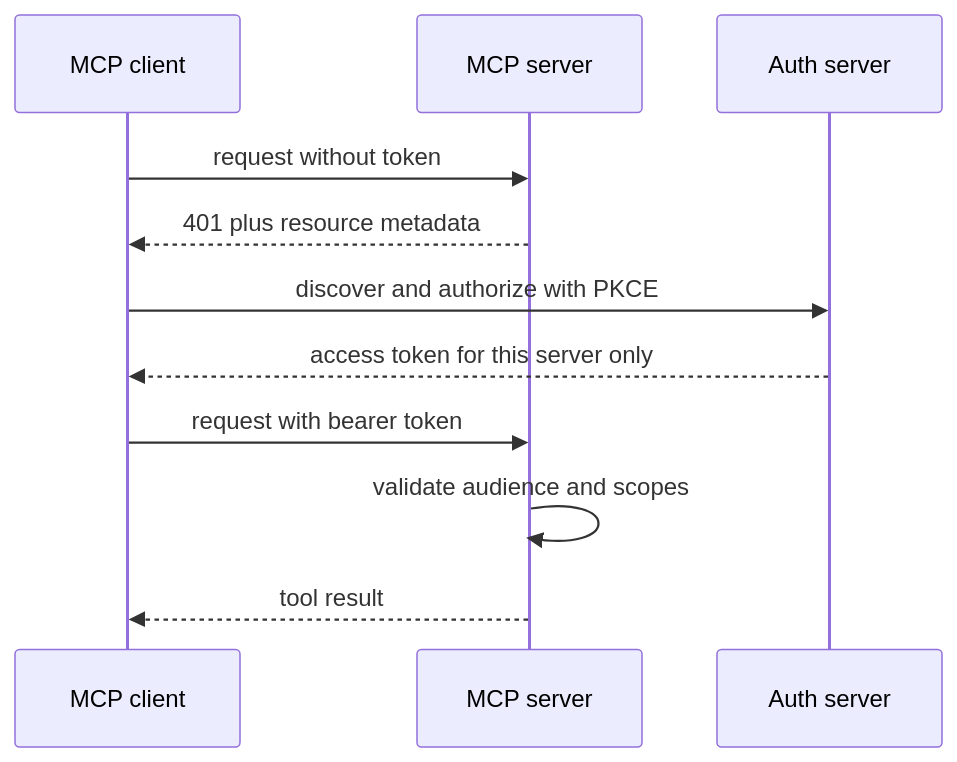
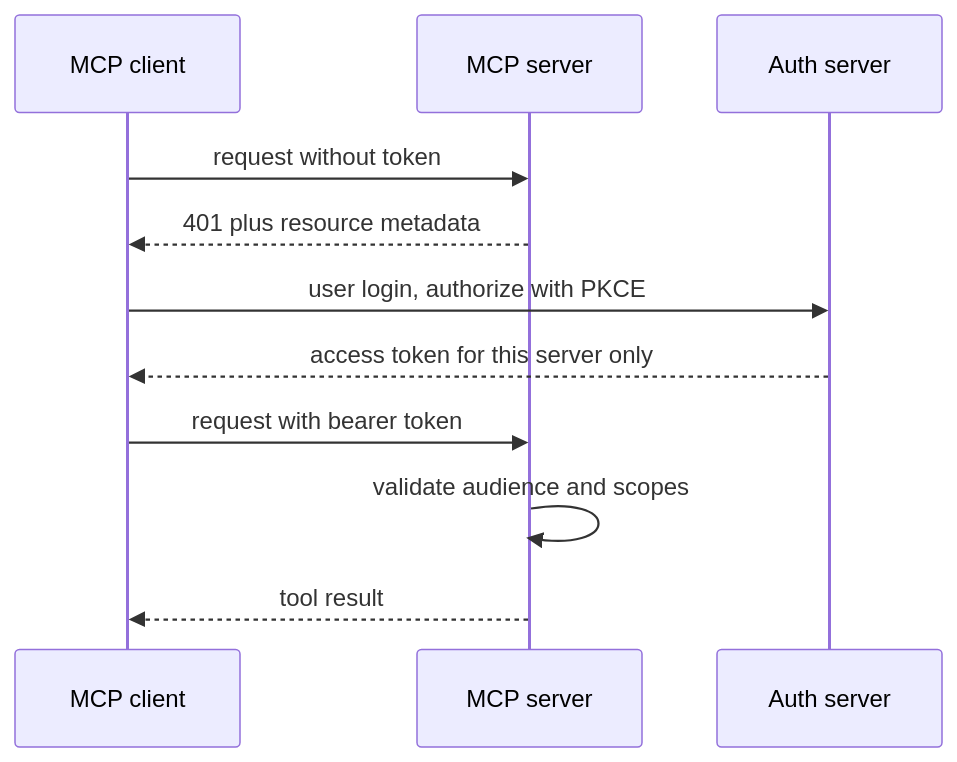
Before and after one commit to flow6979/viewinter: the ninth of 15 diagrams in content/11-agentic/07-tools-mcp-a2a.md, drawn with Mermaid. The commit also changed other lines of this file and 26 other files, not shown here.

First line of the commit message:
Agentic AI: rewrite all 13 pages to explain from scratch; animate diagrams on every article

````diff
--- a/content/11-agentic/07-tools-mcp-a2a.md
+++ b/content/11-agentic/07-tools-mcp-a2a.md
@@ -200,13 +607,13 @@
 ```mermaid
 sequenceDiagram
     participant C as MCP client
     participant S as MCP server
     participant AS as Auth server
     C->>S: request without token
     S-->>C: 401 plus resource metadata
-    C->>AS: discover and authorize with PKCE
+    C->>AS: user login, authorize with PKCE
     AS-->>C: access token for this server only
     C->>S: request with bearer token
     S->>S: validate audience and scopes
     S-->>C: tool result
 ```
````
